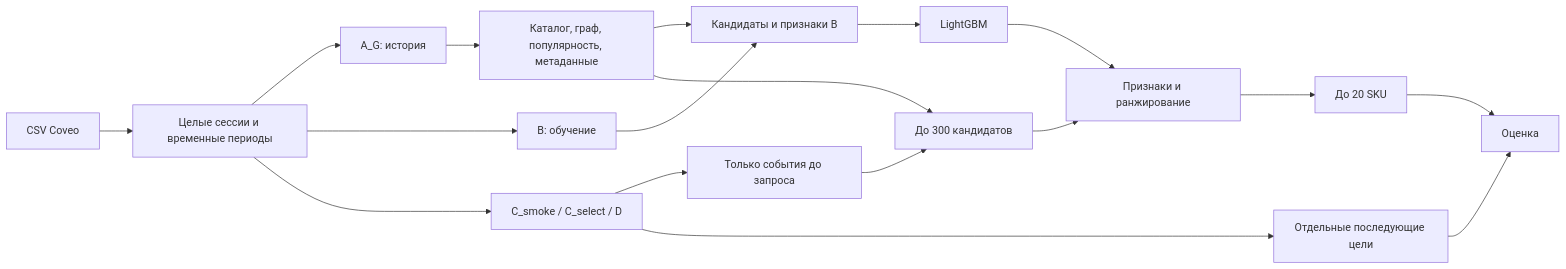
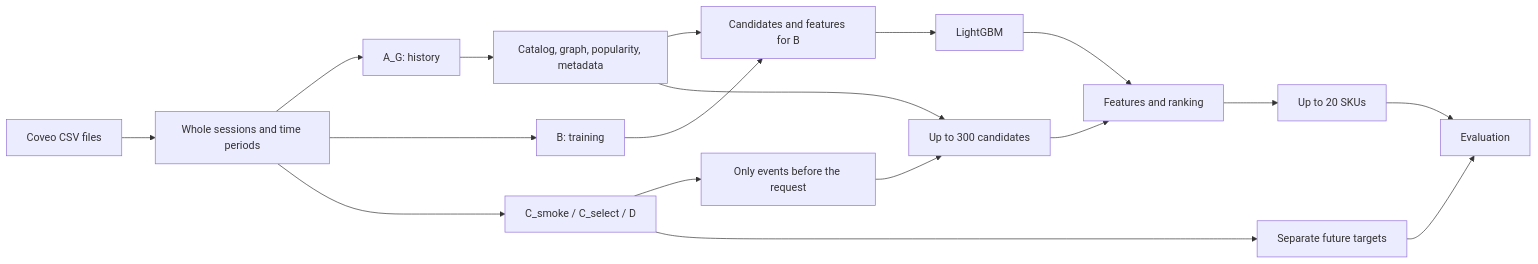
One commit to ykutovaya/RecSys-Coveo changed the diagram in README.md. Above: the diagram before and after it, drawn with Mermaid. The commit also changed other lines of this file and 26 other files, not shown here.

````diff
--- a/README.md
+++ b/README.md
@@ -31,20 +34,20 @@
 ```mermaid
 flowchart LR
-    CSV[CSV Coveo] --> Prep[Целые сессии и временные периоды]
-    Prep --> AG[A_G: история]
-    AG --> Hist[Каталог, граф, популярность, метаданные]
-    Prep --> B[B: обучение]
-    Hist --> BF[Кандидаты и признаки B]
+    CSV[Coveo CSV files] --> Prep[Whole sessions and time periods]
+    Prep --> AG[A_G: history]
+    AG --> Hist[Catalog, graph, popularity, metadata]
+    Prep --> B[B: training]
+    Hist --> BF[Candidates and features for B]
     B --> BF
     BF --> Model[LightGBM]
     Prep --> Eval[C_smoke / C_select / D]
-    Eval --> Prefix[Только события до запроса]
-    Hist --> Candidates[До 300 кандидатов]
+    Eval --> Prefix[Only events before the request]
+    Hist --> Candidates[Up to 300 candidates]
     Prefix --> Candidates
-    Candidates --> Rank[Признаки и ранжирование]
+    Candidates --> Rank[Features and ranking]
     Model --> Rank
-    Rank --> Top[До 20 SKU]
-    Eval --> Targets[Отдельные последующие цели]
-    Top --> Metrics[Оценка]
+    Rank --> Top[Up to 20 SKUs]
+    Eval --> Targets[Separate future targets]
+    Top --> Metrics[Evaluation]
     Targets --> Metrics
 ```
````
